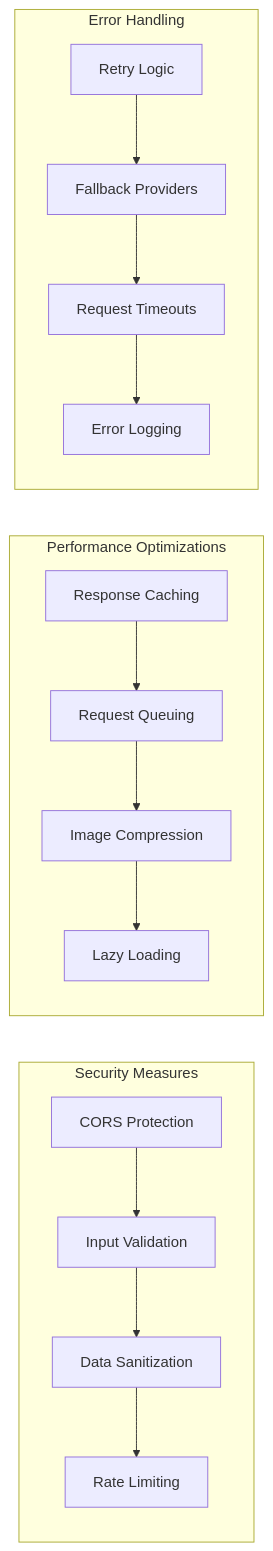
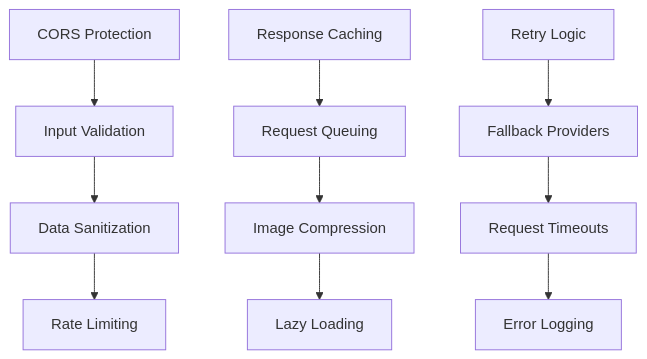
One commit to MariyamSeemab/KiroWeek4 changed the eighth of 9 diagrams in retro-ai-paint/ARCHITECTURE.md. Above: the diagram before and after it, drawn with Mermaid. The commit also changed other lines of this file and 7 other files, not shown here.

````diff
--- a/retro-ai-paint/ARCHITECTURE.md
+++ b/retro-ai-paint/ARCHITECTURE.md
@@ -289,35 +185,14 @@
 ```mermaid
-graph LR
-    subgraph "Security Measures"
-        CORS[CORS Protection]
-        Validation[Input Validation]
-        Sanitization[Data Sanitization]
-        RateLimit[Rate Limiting]
-    end
+graph TD
+    A[CORS Protection] --> B[Input Validation]
+    B --> C[Data Sanitization]
+    C --> D[Rate Limiting]
     
-    subgraph "Performance Optimizations"
-        Cache[Response Caching]
-        Queue[Request Queuing]
-        Compression[Image Compression]
-        Lazy[Lazy Loading]
-    end
+    E[Response Caching] --> F[Request Queuing]
+    F --> G[Image Compression]
+    G --> H[Lazy Loading]
     
-    subgraph "Error Handling"
-        Retry[Retry Logic]
-        Fallback[Fallback Providers]
-        Timeout[Request Timeouts]
-        Logging[Error Logging]
-    end
-    
-    CORS --> Validation
-    Validation --> Sanitization
-    Sanitization --> RateLimit
-    
-    Cache --> Queue
-    Queue --> Compression
-    Compression --> Lazy
-    
-    Retry --> Fallback
-    Fallback --> Timeout
-    Timeout --> Logging
+    I[Retry Logic] --> J[Fallback Providers]
+    J --> K[Request Timeouts]
+    K --> L[Error Logging]
 ```
````
